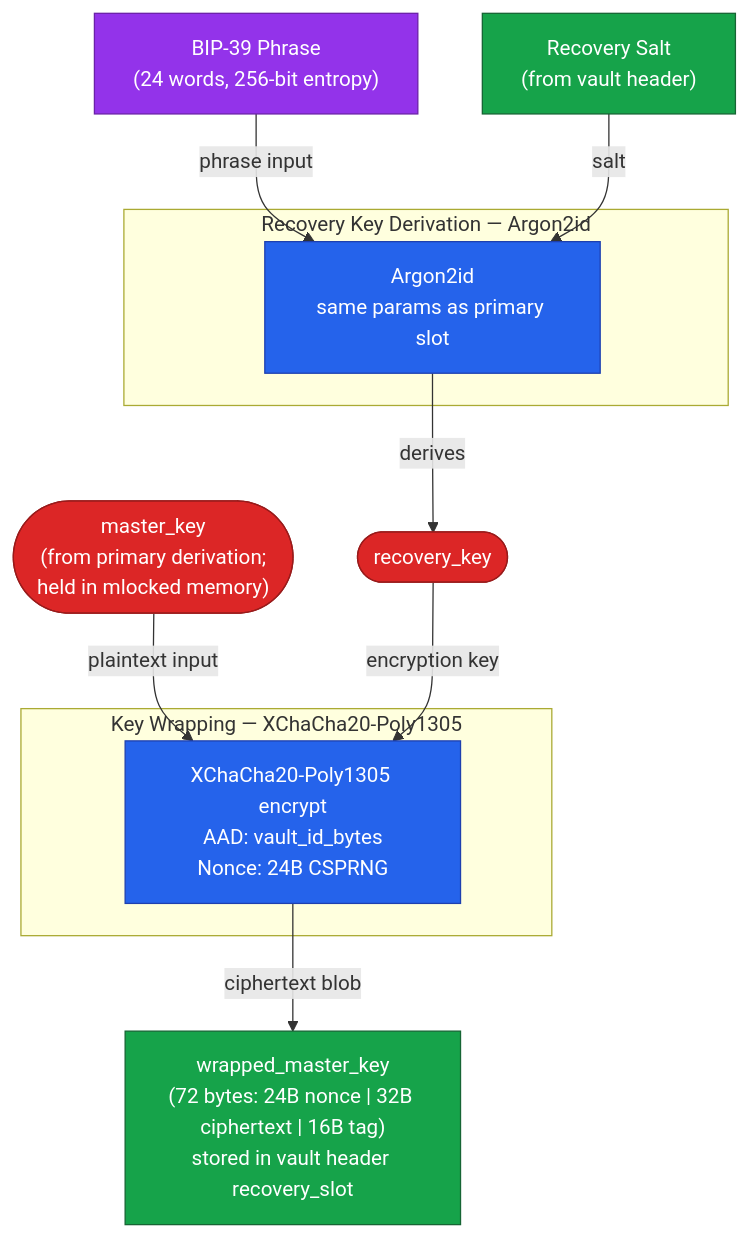
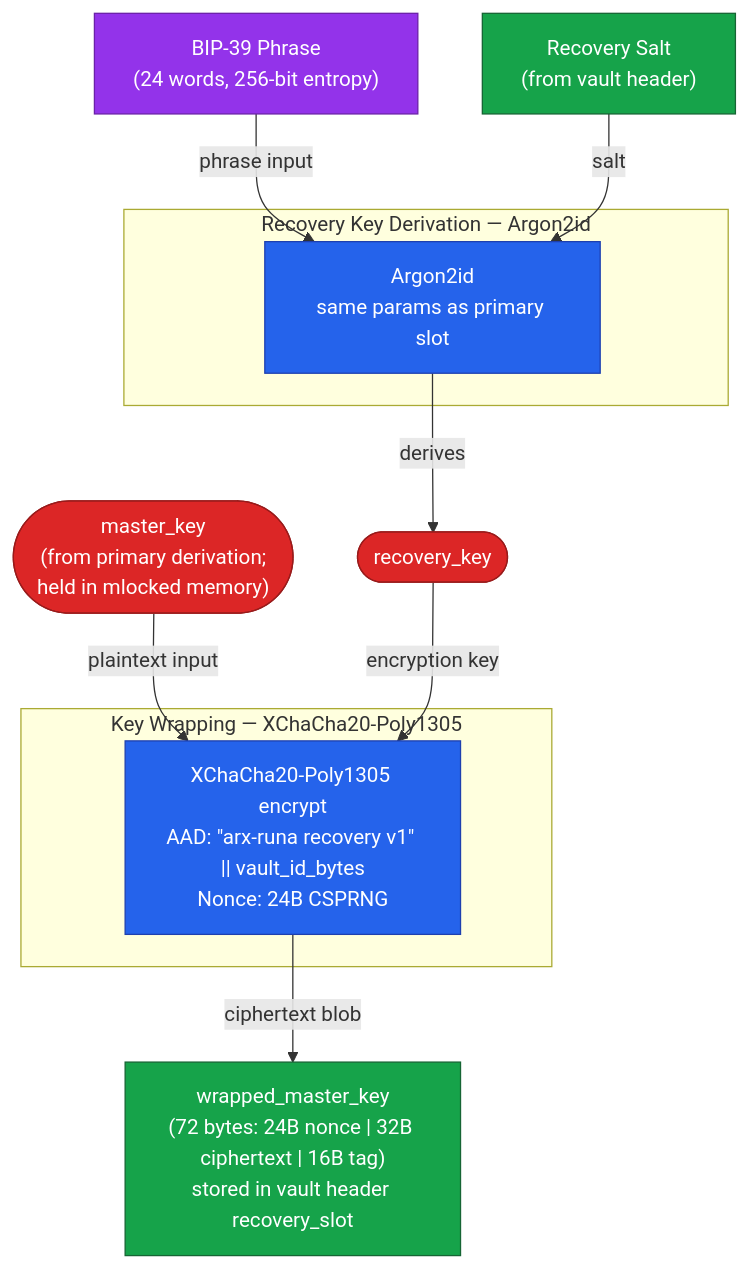
One commit to salgaard/arx-runa changed the diagram in docs/architecture/designs/cryptographic-primitives/diagrams/key-derivation-recovery-slot.md. Above: the diagram before and after it, drawn with Mermaid. The commit also changed other lines of this file and 22 other files, not shown here.

Commit message:
new github actions for secret scan and improve diagrams

````diff
--- a/docs/architecture/designs/cryptographic-primitives/diagrams/key-derivation-recovery-slot.md
+++ b/docs/architecture/designs/cryptographic-primitives/diagrams/key-derivation-recovery-slot.md
@@ -6,32 +6,32 @@
 ```mermaid
 flowchart TD
     PHRASE["BIP-39 Phrase<br/>(24 words, 256-bit entropy)"]:::user
     REC_SALT["Recovery Salt<br/>(from vault header)"]:::storage
 
     subgraph REC_KDF ["Recovery Key Derivation — Argon2id"]
         REC_ARGON["Argon2id<br/>same params as primary slot"]:::crypto
     end
 
     REC_KEY(["recovery_key"]):::secret
 
     MK_INPUT(["master_key<br/>(from primary derivation;<br/>held in mlocked memory)"]):::secret
 
     subgraph WRAP_BLOCK ["Key Wrapping — XChaCha20-Poly1305"]
-        WRAP["XChaCha20-Poly1305 encrypt<br/>AAD: vault_id_bytes<br/>Nonce: 24B CSPRNG"]:::crypto
+        WRAP["XChaCha20-Poly1305 encrypt<br/>AAD: #34;arx-runa recovery v1#34; #124;#124; vault_id_bytes<br/>Nonce: 24B CSPRNG"]:::crypto
     end
 
     WMK["wrapped_master_key<br/>(72 bytes: 24B nonce #124; 32B ciphertext #124; 16B tag)<br/>stored in vault header recovery_slot"]:::storage
 
     PHRASE -->|phrase input| REC_ARGON
     REC_SALT -->|salt| REC_ARGON
     REC_ARGON -->|derives| REC_KEY
 
     MK_INPUT -->|plaintext input| WRAP
     REC_KEY -->|encryption key| WRAP
     WRAP -->|ciphertext blob| WMK
 
     classDef secret fill:#dc2626,stroke:#991b1b,color:#fff
     classDef crypto fill:#2563eb,stroke:#1e40af,color:#fff
     classDef storage fill:#16a34a,stroke:#166534,color:#fff
     classDef user fill:#9333ea,stroke:#6b21a8,color:#fff
 ```
````
